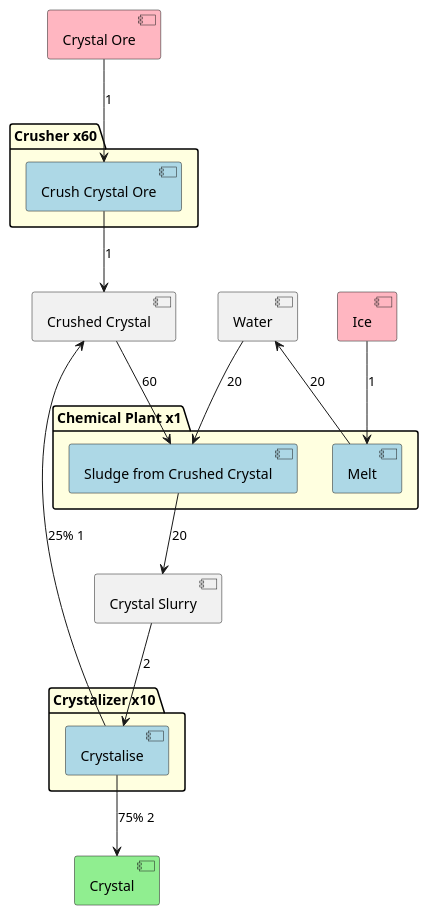
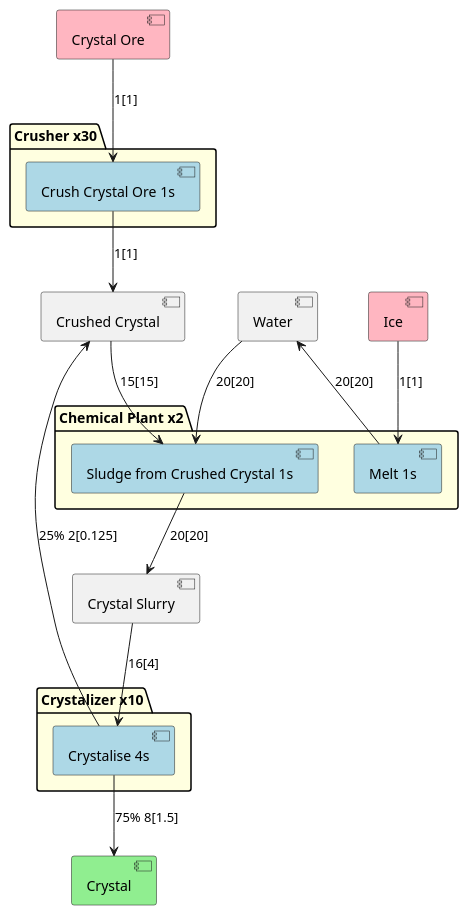
Before and after one commit to Thomas-De-Praetere/CrystalMod: the diagram in Documentation/CrystalFlow.puml, drawn with PlantUML. The commit also changed 2 other files, not shown here.

```diff
--- a/Documentation/CrystalFlow.puml
+++ b/Documentation/CrystalFlow.puml
@@ -1,44 +1,44 @@
 @startuml
 
 hide methods
 hide fields
 hide circle
 
 [Crystal Ore] as CO #lightpink
 [Crushed Crystal] as CCr
 [Crystal Slurry] as CS
 [Ice] as I #lightpink
 [Water] as W
 
 [Crystal] as C #lightgreen
 
-package "Chemical Plant x1" #lightyellow {
-[Sludge from Crushed Crystal] as SCS #lightblue
-[Melt] as Me #lightblue
+package "Chemical Plant x2" #lightyellow {
+[Sludge from Crushed Crystal 1s] as SCS #lightblue
+[Melt 1s] as Me #lightblue
 }
 
-package "Crusher x60" #lightyellow {
-[Crush Crystal Ore] as Cr #lightblue
+package "Crusher x30" #lightyellow {
+[Crush Crystal Ore 1s] as Cr #lightblue
 }
 
 package "Crystalizer x10" #lightyellow {
-[Crystalise] as CCF #lightblue
+[Crystalise 4s] as CCF #lightblue
 }
 
 
-CO --> Cr : 1
-Cr --> CCr : 1
-CCr --> SCS : 60
-I --> Me : 1
-Me --> W : 20
-W --> SCS : 20
-SCS --> CS : 20
-CS --> CCF : 2
-CCF --> C : 75% 2
-CCF --> CCr : 25% 1
+CO --> Cr : 1[1]
+Cr --> CCr : 1[1]
+CCr --> SCS : 15[15]
+I --> Me : 1[1]
+Me --> W : 20[20]
+W --> SCS : 20[20]
+SCS --> CS : 20[20]
+CS --> CCF : 16[4]
+CCF --> C : 75% 8[1.5]
+CCF --> CCr : 25% 2[0.125]
 
 
 
 
 
 @enduml
```
